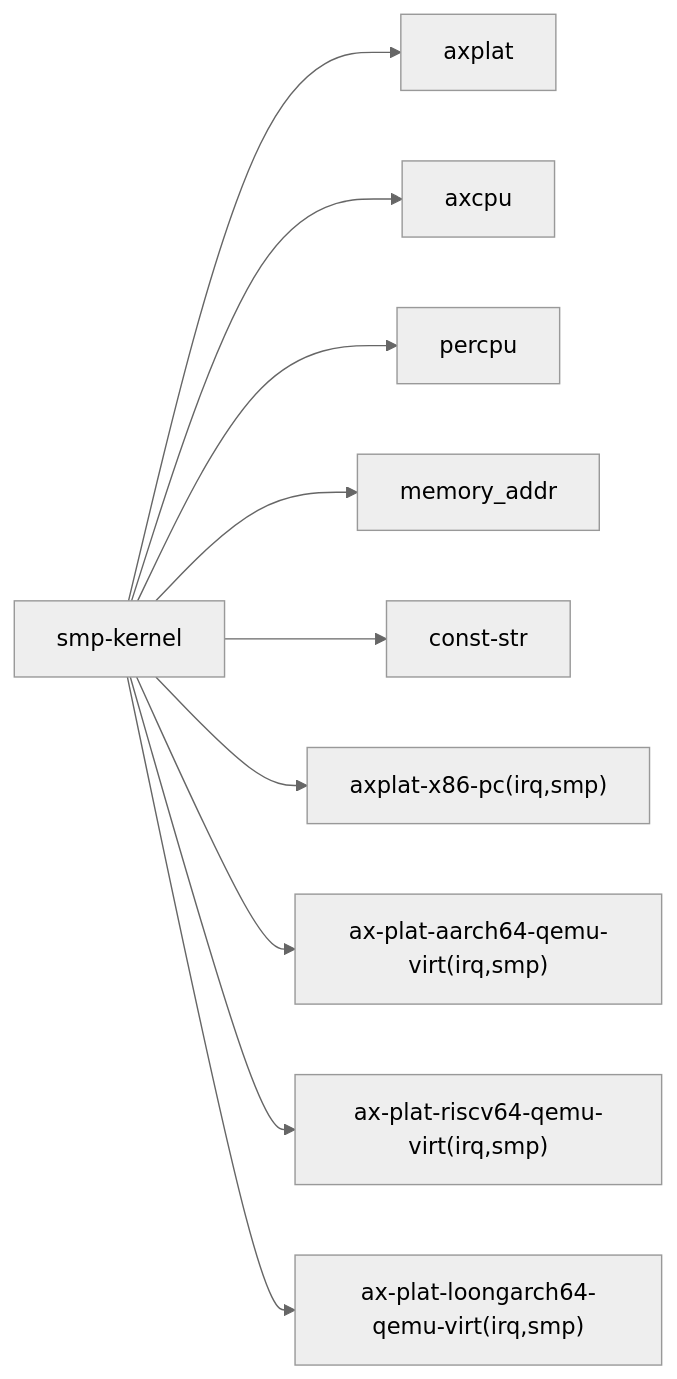
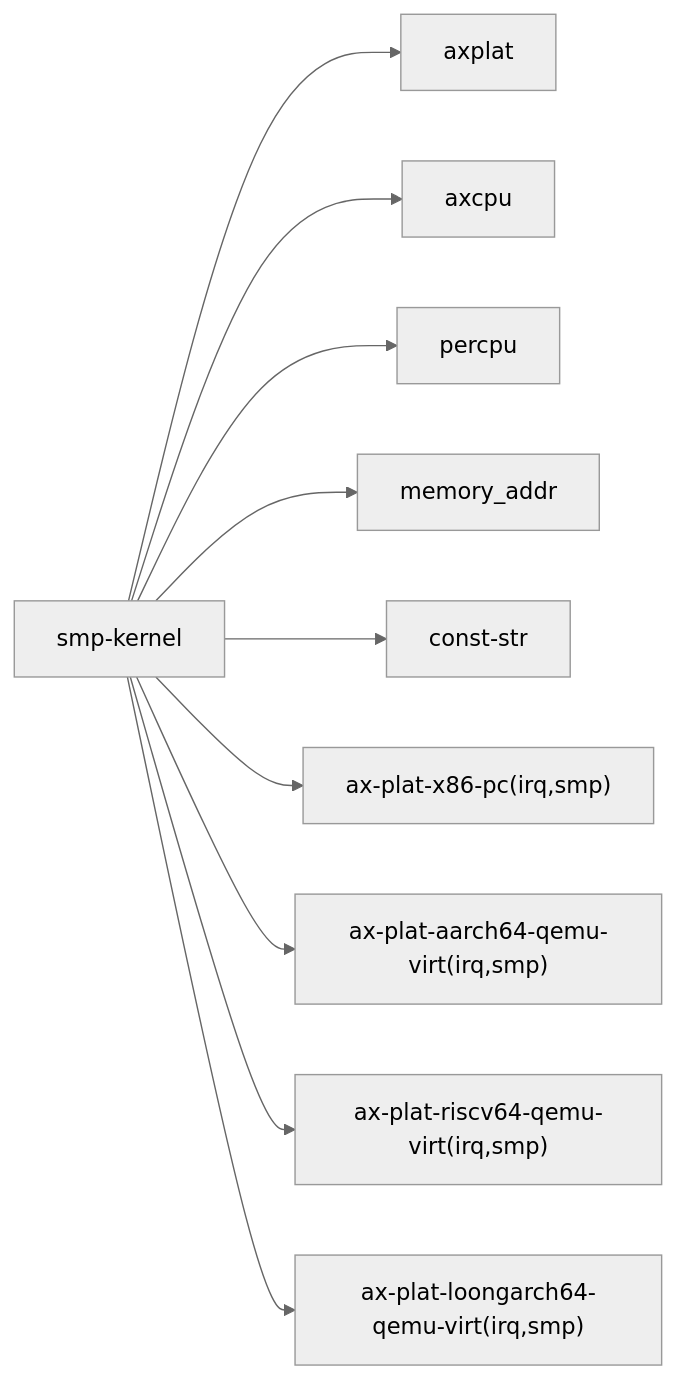
Before and after one commit to zKurisu/tgoskits: the third of 3 diagrams in docs/crates/smp-kernel.md, drawn with Mermaid (neutral theme). The commit also changed 39 other files, not shown here.

Commit message:
rename axplat-x86-pc to ax-plat-x86-pc

````diff
--- a/docs/crates/smp-kernel.md
+++ b/docs/crates/smp-kernel.md
@@ -98,12 +98,12 @@
 ```mermaid
 graph LR
     sample["smp-kernel"] --> axplat["axplat"]
     sample --> axcpu["axcpu"]
     sample --> percpu["percpu"]
     sample --> memaddr["memory_addr"]
     sample --> conststr["const-str"]
-    sample --> x86["axplat-x86-pc(irq,smp)"]
+    sample --> x86["ax-plat-x86-pc(irq,smp)"]
     sample --> a64["ax-plat-aarch64-qemu-virt(irq,smp)"]
     sample --> rv["ax-plat-riscv64-qemu-virt(irq,smp)"]
     sample --> loong["ax-plat-loongarch64-qemu-virt(irq,smp)"]
 ```
````
